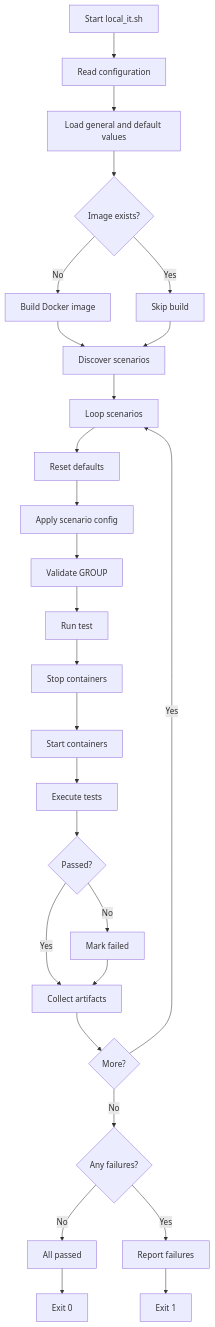
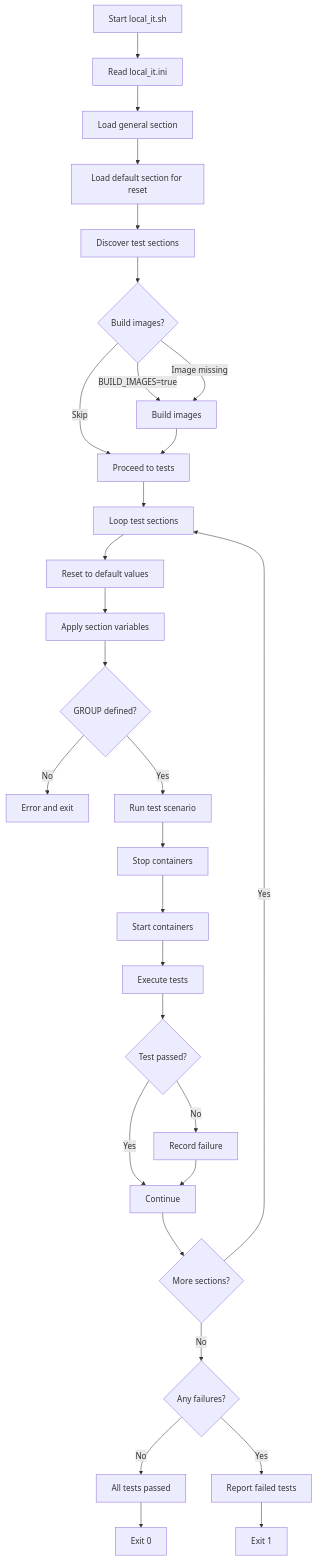
The diagram in automation/env/README.md (GreengageDB/pxf), drawn with Mermaid before and after one commit. The commit also changed other lines of this file, not shown here.

Commit message:
Update local_it README

````diff
--- a/automation/env/README.md
+++ b/automation/env/README.md
@@ -196,33 +197,36 @@
 ```mermaid
 flowchart TD
-    A[Start local_it.sh] --> B[Read configuration]
-    B --> C[Load general and default values]
-    C --> D{Image exists?}
-    D -->|No| E[Build Docker image]
-    D -->|Yes| F[Skip build]
-    E --> G
-    F --> G[Discover scenarios]
-    G --> H[Loop scenarios]
+    A[Start local_it.sh] --> B[Read local_it.ini]
+    B --> C[Load general section]
+    C --> D[Load default section for reset]
+    D --> E[Discover test sections]
+    E --> F{Build images?}
+    F -->|BUILD_IMAGES=true| G[Build images]
+    F -->|Image missing| G
+    F -->|Skip| H[Proceed to tests]
+    G --> H
     
-    H --> I[Reset defaults]
-    I --> J[Apply scenario config]
-    J --> K[Validate GROUP]
-    K --> L[Run test]
+    H --> I[Loop test sections]
+    I --> J[Reset to default values]
+    J --> K[Apply section variables]
+    K --> L{GROUP defined?}
+    L -->|No| M[Error and exit]
+    L -->|Yes| N[Run test scenario]
     
-    L --> M[Stop containers]
-    M --> N[Start containers]
-    N --> O[Execute tests]
-    O --> P{Passed?}
-    P -->|No| Q[Mark failed]
-    P -->|Yes| R[Collect artifacts]
-    R --> S{More?}
+    N --> O[Stop containers]
+    O --> P[Start containers]
+    P --> Q[Execute tests]
+    Q --> R{Test passed?}
+    R -->|No| S[Record failure]
+    R -->|Yes| T[Continue]
     
-    S -->|Yes| H
-    S -->|No| T{Any failures?}
-    T -->|No| U[All passed]
-    T -->|Yes| V[Report failures]
+    S --> T
+    T --> U{More sections?}
+    U -->|Yes| I
+    U -->|No| V{Any failures?}
+    V -->|No| W[All tests passed]
+    V -->|Yes| X[Report failed tests]
     
-    U --> W[Exit 0]
-    V --> X[Exit 1]
-    Q --> R
+    W --> Y[Exit 0]
+    X --> Z[Exit 1]
 ```
````
